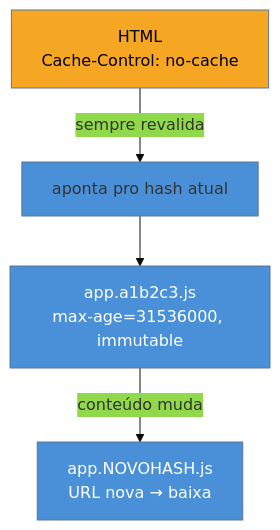
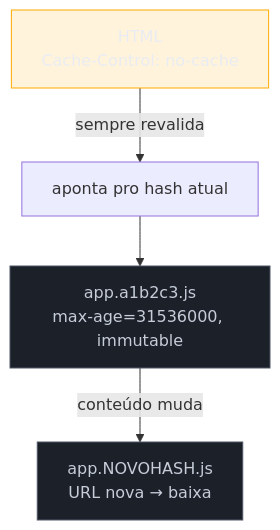
Before and after one commit to josenaldo/codex-technomanticus: the diagram in 03-Dominios/Tecnologia/Web Performance/Performance de Carregamento/07 - Cache e CDN.md, drawn with Mermaid. The commit also changed 1181 other files, not shown here.

First line of the commit message:
fix(diagramas): paleta do sistema no lugar de cor cravada no markdown

````diff
--- a/03-Dominios/Tecnologia/Web Performance/Performance de Carregamento/07 - Cache e CDN.md
+++ b/03-Dominios/Tecnologia/Web Performance/Performance de Carregamento/07 - Cache e CDN.md
@@ -53,10 +53,11 @@
 ```mermaid
-%%{init: {"theme": "base", "themeVariables": {"primaryColor": "#4A90D9"}}}%%
 graph TB
+    classDef destaque fill:#FFAA0024,stroke:#FFAA00,color:#E9ECF2
+    classDef neutro fill:#1B2029,stroke:#4E5666,color:#C6CCD8
     A["HTML<br/>Cache-Control: no-cache"] -->|sempre revalida| B[aponta pro hash atual]
     B --> C["app.a1b2c3.js<br/>max-age=31536000, immutable"]
     C -->|conteúdo muda| D["app.NOVOHASH.js<br/>URL nova → baixa"]
-    style A fill:#F5A623,color:#000
-    style C fill:#4A90D9,color:#fff
-    style D fill:#4A90D9,color:#fff
+    class A destaque
+    class C neutro
+    class D neutro
 ```
````
